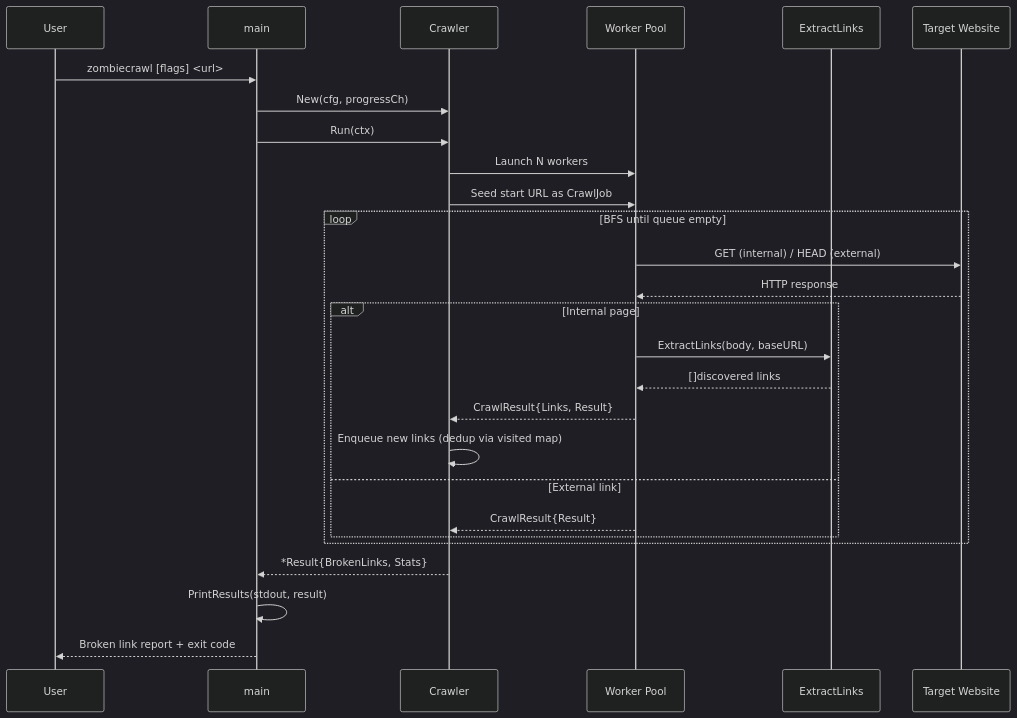
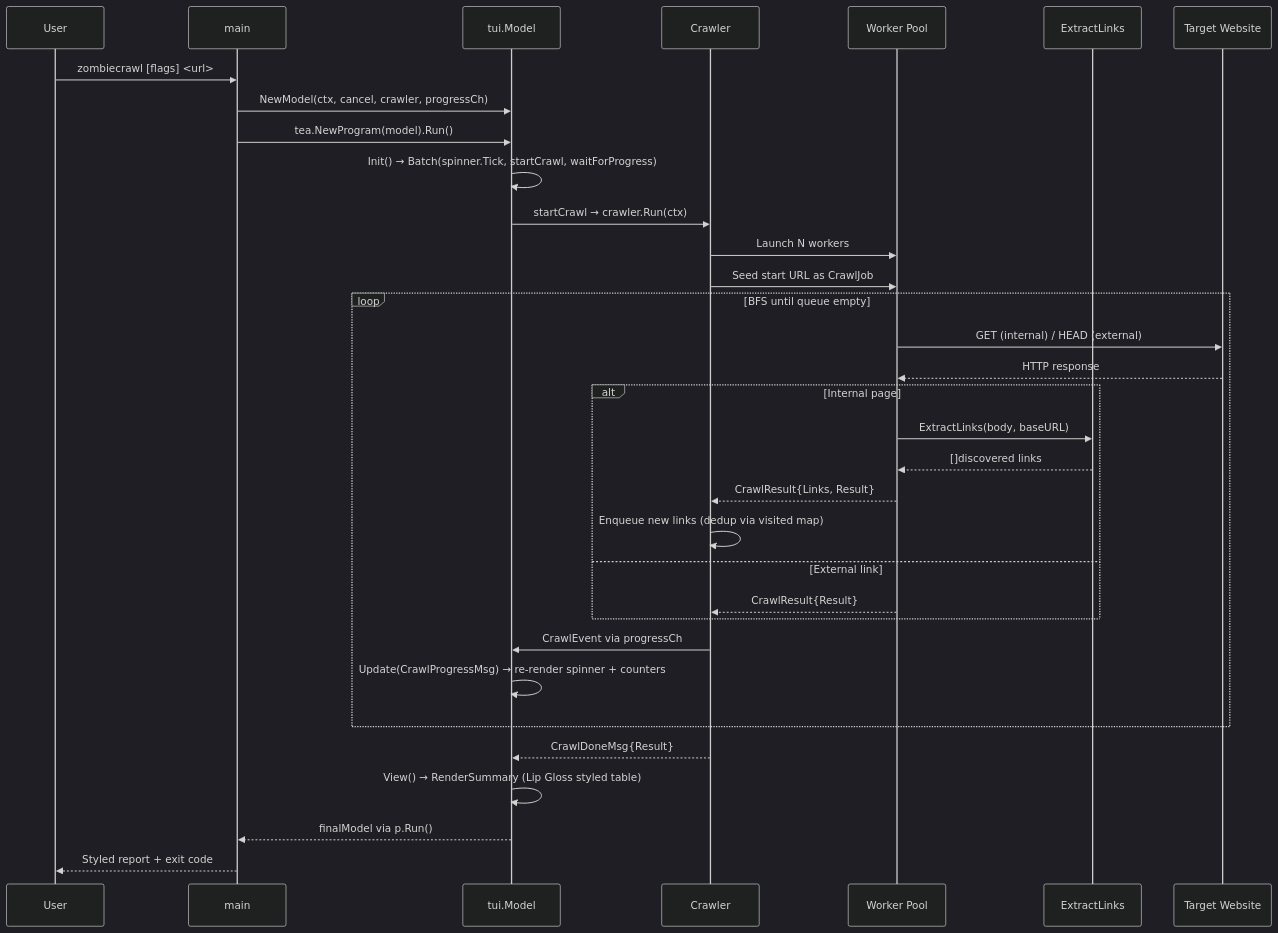
One commit to lukemcguire/vibraphone-template changed the fifth of 5 diagrams in docs/ARCHITECTURE.md. Above: the diagram before and after it, drawn with Mermaid (dark theme). The commit also changed other lines of this file and 7 other files, not shown here.

Commit message:
feat(02-02): add Bubble Tea TUI package with live progress and styled summary

````diff
--- a/docs/ARCHITECTURE.md
+++ b/docs/ARCHITECTURE.md
@@ -139,32 +142,38 @@
 ```mermaid
 sequenceDiagram
     participant U as User
     participant M as main
+    participant TUI as tui.Model
     participant C as Crawler
     participant W as Worker Pool
     participant E as ExtractLinks
     participant T as Target Website
 
     U->>M: zombiecrawl [flags] <url>
-    M->>C: New(cfg, progressCh)
-    M->>C: Run(ctx)
+    M->>TUI: NewModel(ctx, cancel, crawler, progressCh)
+    M->>TUI: tea.NewProgram(model).Run()
+    TUI->>TUI: Init() → Batch(spinner.Tick, startCrawl, waitForProgress)
+    TUI->>C: startCrawl → crawler.Run(ctx)
     C->>W: Launch N workers
     C->>W: Seed start URL as CrawlJob
 
     loop BFS until queue empty
         W->>T: GET (internal) / HEAD (external)
         T-->>W: HTTP response
         alt Internal page
             W->>E: ExtractLinks(body, baseURL)
             E-->>W: []discovered links
             W-->>C: CrawlResult{Links, Result}
             C->>C: Enqueue new links (dedup via visited map)
         else External link
             W-->>C: CrawlResult{Result}
         end
+        C->>TUI: CrawlEvent via progressCh
+        TUI->>TUI: Update(CrawlProgressMsg) → re-render spinner + counters
     end
 
-    C-->>M: *Result{BrokenLinks, Stats}
-    M->>M: PrintResults(stdout, result)
-    M-->>U: Broken link report + exit code
+    C-->>TUI: CrawlDoneMsg{Result}
+    TUI->>TUI: View() → RenderSummary (Lip Gloss styled table)
+    TUI-->>M: finalModel via p.Run()
+    M-->>U: Styled report + exit code
 ```
````
